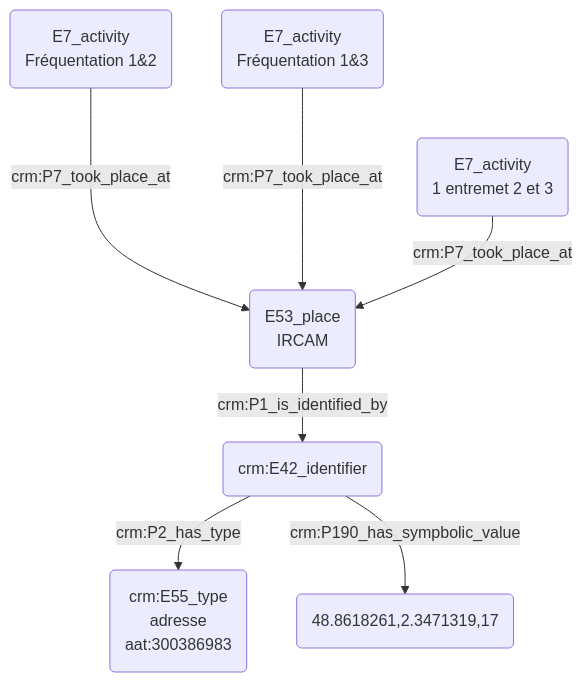
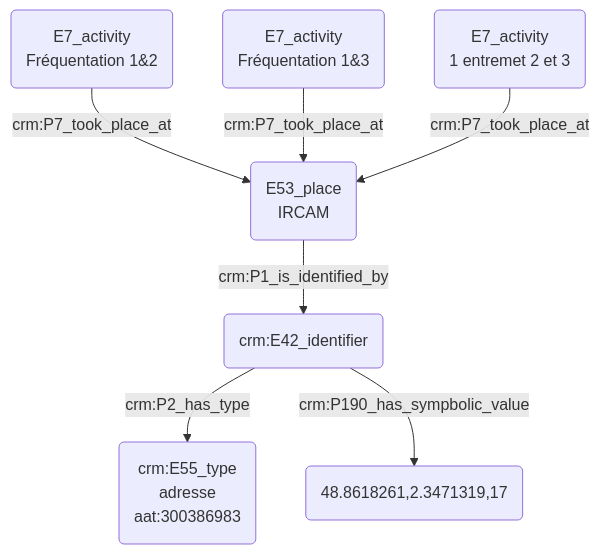
One commit to Amleth/consortium-musica2-gt2-ontologies changed the second of 2 diagrams in modules/livrables/Dossier 2/Prosopographie/rencontre de quelqu'un par le biais d'une tierce personne au sein d'un même lieu.md. Above: the diagram before and after it, drawn with Mermaid.

Commit message:
Update rencontre de quelqu'un par le biais d'une tierce personne au sein d'un même lieu.md

````diff
--- a/modules/livrables/Dossier 2/Prosopographie/rencontre de quelqu'un par le biais d'une tierce personne au sein d'un même lieu.md
+++ b/modules/livrables/Dossier 2/Prosopographie/rencontre de quelqu'un par le biais d'une tierce personne au sein d'un même lieu.md
@@ -29,12 +29,12 @@
 ```mermaid
 graph TD;
 
-A(E7_activity<br>Fréquentation 1&2) --->|crm:P7_took_place_at| B(E53_place<br>IRCAM)
-C(E7_activity<br>Fréquentation 1&3) --->|crm:P7_took_place_at| B(E53_place<br>IRCAM)
+A(E7_activity<br>Fréquentation 1&2) -->|crm:P7_took_place_at| B(E53_place<br>IRCAM)
+C(E7_activity<br>Fréquentation 1&3) -->|crm:P7_took_place_at| B(E53_place<br>IRCAM)
 E(E7_activity<br>1 entremet 2 et 3) --> |crm:P7_took_place_at| B(E53_place<br>IRCAM)
 
 B(E53_place<br>IRCAM) --> |crm:P1_is_identified_by| F(crm:E42_identifier)
 F(crm:E42_identifier) --> |crm:P2_has_type| G(crm:E55_type<br>adresse<br>aat:300386983)
 F(crm:E42_identifier) --> |crm:P190_has_sympbolic_value| H(48.8618261,2.3471319,17)
 
 ```
````
